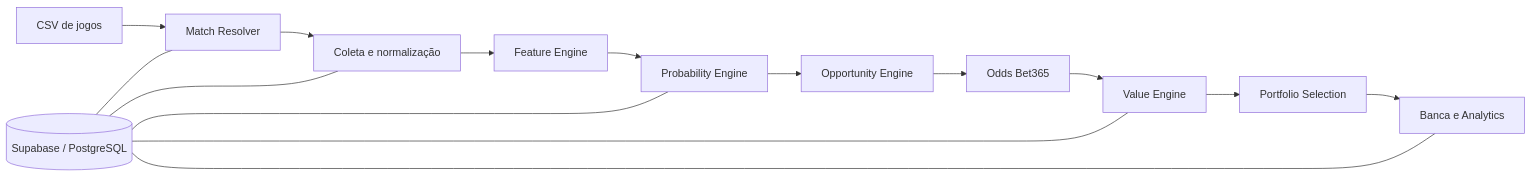
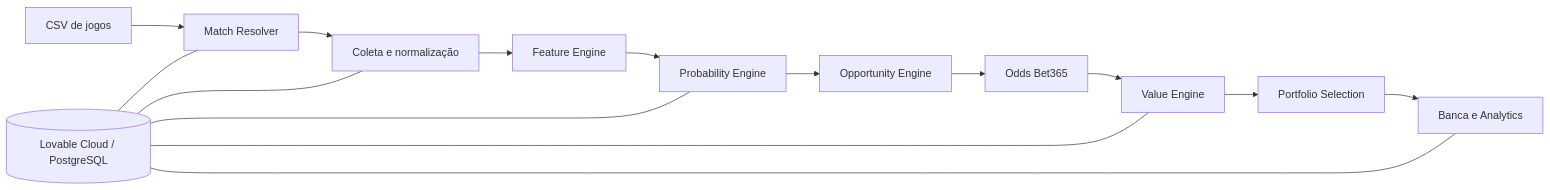
The diagram in README.md (kauefsantos/motor-de-decisao-esportiva), drawn with Mermaid before and after one commit. The commit also changed other lines of this file and 3 other files, not shown here.

````diff
--- a/README.md
+++ b/README.md
@@ -41,18 +63,18 @@
 ```mermaid
 flowchart LR
     A[CSV de jogos] --> B[Match Resolver]
     B --> C[Coleta e normalização]
     C --> D[Feature Engine]
     D --> E[Probability Engine]
     E --> F[Opportunity Engine]
     F --> G[Odds Bet365]
     G --> H[Value Engine]
     H --> I[Portfolio Selection]
     I --> J[Banca e Analytics]
 
-    K[(Supabase / PostgreSQL)] --- B
+    K[(Lovable Cloud / PostgreSQL)] --- B
     K --- C
     K --- E
     K --- H
     K --- J
 ```
````
